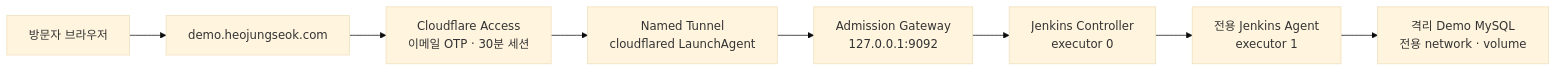
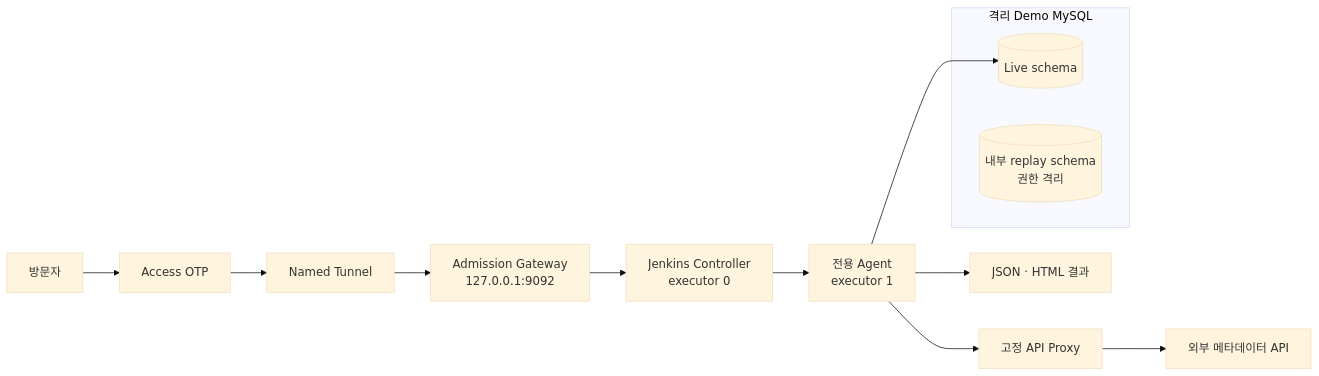
The third of 3 diagrams in README.md (heojungseok/open-metadata-sync), drawn with Mermaid (base theme) before and after one commit. The commit also changed other lines of this file, not shown here.

````diff
--- a/README.md
+++ b/README.md
@@ -283,10 +295,16 @@
 ```mermaid
 flowchart LR
-    USER["방문자 브라우저"] --> DOMAIN["demo.heojungseok.com"]
-    DOMAIN --> ACCESS["Cloudflare Access<br/>이메일 OTP · 30분 세션"]
-    ACCESS --> TUNNEL["Named Tunnel<br/>cloudflared LaunchAgent"]
+    USER["방문자"] --> ACCESS["Access OTP"]
+    ACCESS --> TUNNEL["Named Tunnel"]
     TUNNEL --> GATEWAY["Admission Gateway<br/>127.0.0.1:9092"]
     GATEWAY --> CONTROLLER["Jenkins Controller<br/>executor 0"]
-    CONTROLLER --> AGENT["전용 Jenkins Agent<br/>executor 1"]
-    AGENT --> MYSQL["격리 Demo MySQL<br/>전용 network · volume"]
+    CONTROLLER --> AGENT["전용 Agent<br/>executor 1"]
+    AGENT --> PROXY["고정 API Proxy"]
+    PROXY --> PROVIDER["외부 메타데이터 API"]
+    subgraph MYSQL["격리 Demo MySQL"]
+        LIVE[("Live schema")]
+        REPLAY[("내부 replay schema<br/>권한 격리")]
+    end
+    AGENT --> LIVE
+    AGENT --> RESULT["JSON · HTML 결과"]
 ```
````
